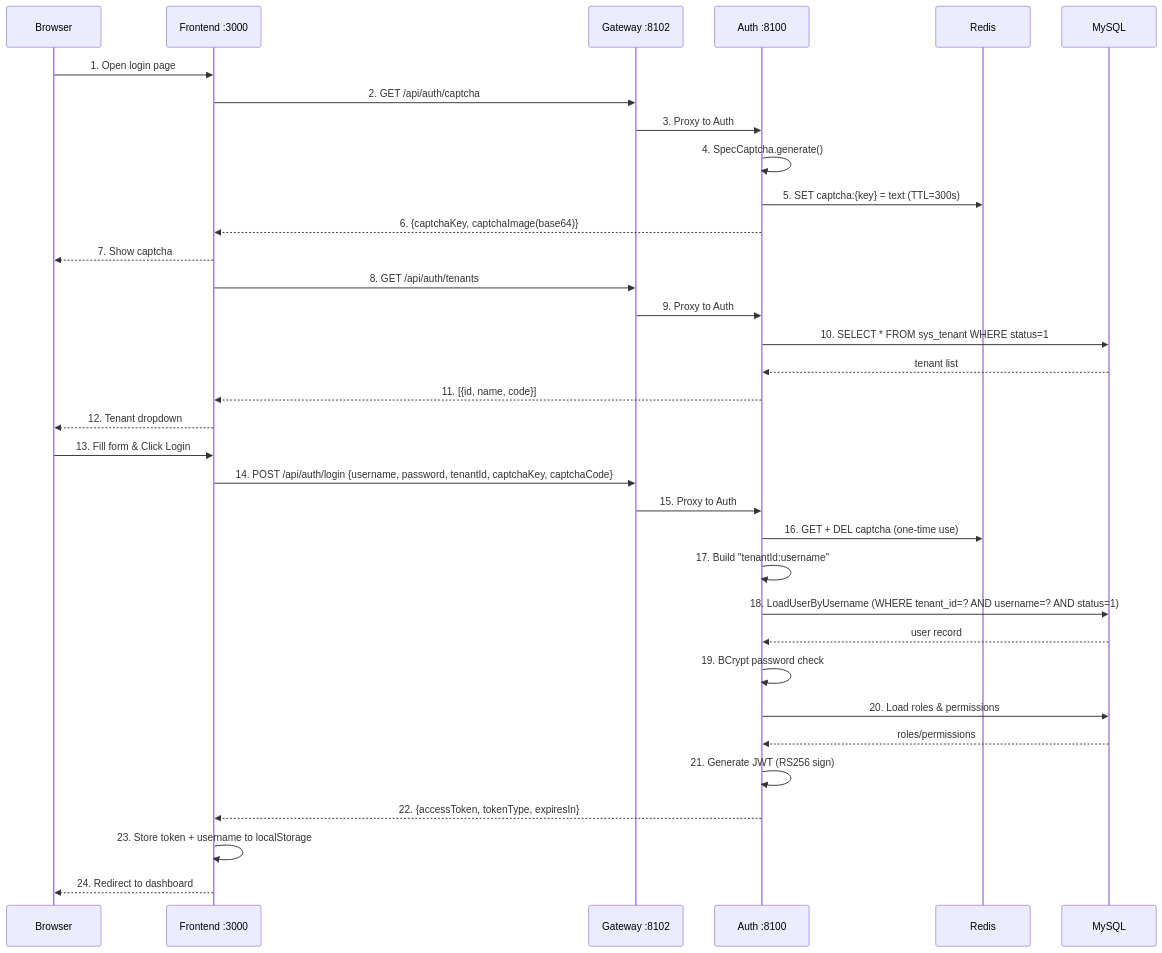
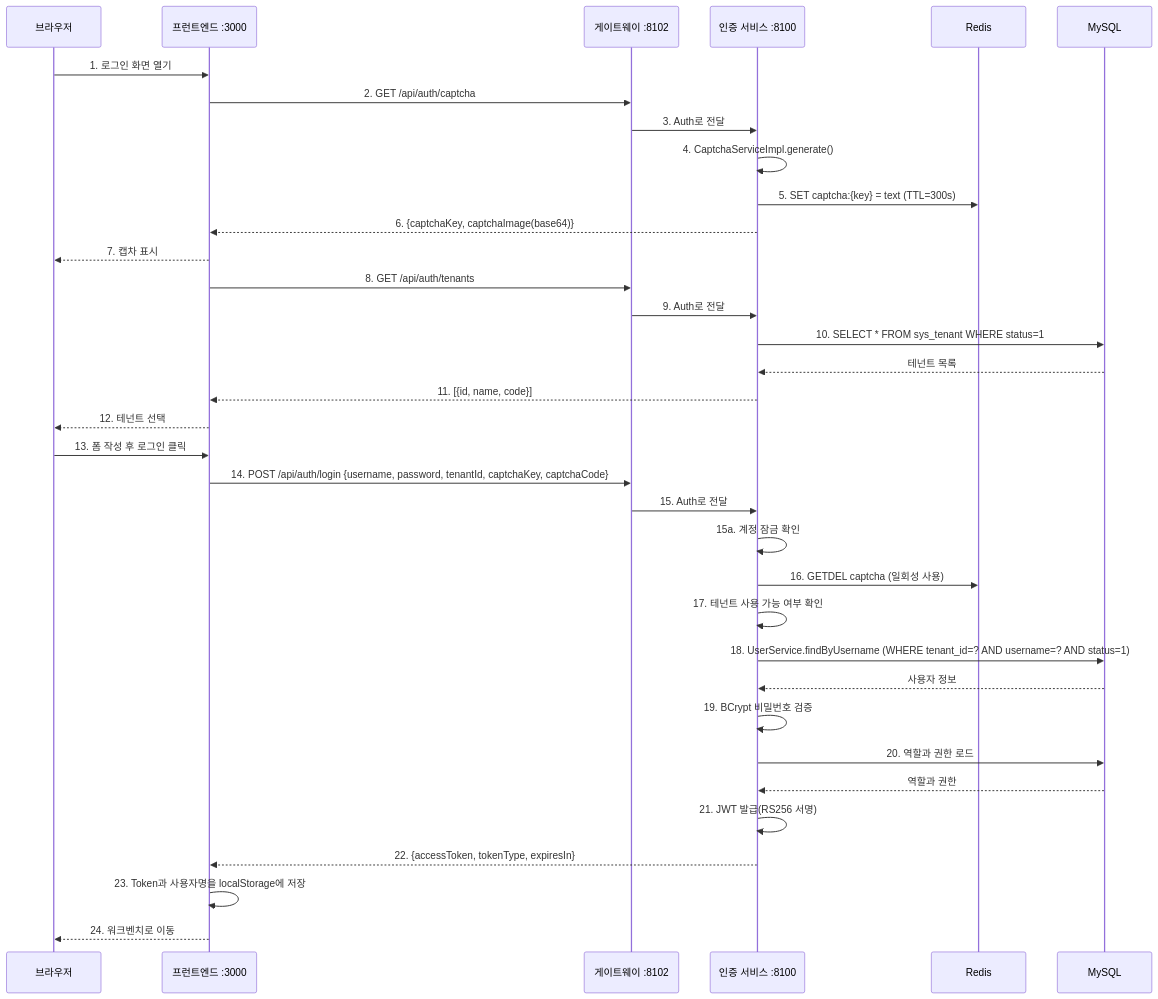
One commit to wang-baohai/Omni-Stack changed the first of 21 diagrams in docs/core-flows.kr.md. Above: the diagram before and after it, drawn with Mermaid. The commit also changed other lines of this file and 1095 other files, not shown here.

````diff
--- a/docs/core-flows.kr.md
+++ b/docs/core-flows.kr.md
@@ -15,39 +14,40 @@
 ```mermaid
 sequenceDiagram
-    participant B as Browser
-    participant F as Frontend :3000
-    participant G as Gateway :8102
-    participant A as Auth :8100
+    participant B as 브라우저
+    participant F as 프런트엔드 :3000
+    participant G as 게이트웨이 :8102
+    participant A as 인증 서비스 :8100
     participant R as Redis
     participant M as MySQL
 
-    B->>F: 1. Open login page
+    B->>F: 1. 로그인 화면 열기
     F->>G: 2. GET /api/auth/captcha
-    G->>A: 3. Proxy to Auth
-    A->>A: 4. SpecCaptcha.generate()
+    G->>A: 3. Auth로 전달
+    A->>A: 4. CaptchaServiceImpl.generate()
     A->>R: 5. SET captcha:{key} = text (TTL=300s)
     A-->>F: 6. {captchaKey, captchaImage(base64)}
-    F-->>B: 7. Show captcha
+    F-->>B: 7. 캡차 표시
 
     F->>G: 8. GET /api/auth/tenants
-    G->>A: 9. Proxy to Auth
+    G->>A: 9. Auth로 전달
     A->>M: 10. SELECT * FROM sys_tenant WHERE status=1
-    M-->>A: tenant list
+    M-->>A: 테넌트 목록
     A-->>F: 11. [{id, name, code}]
-    F-->>B: 12. Tenant dropdown
+    F-->>B: 12. 테넌트 선택
 
-    B->>F: 13. Fill form & Click Login
+    B->>F: 13. 폼 작성 후 로그인 클릭
     F->>G: 14. POST /api/auth/login {username, password, tenantId, captchaKey, captchaCode}
-    G->>A: 15. Proxy to Auth
-    A->>R: 16. GET + DEL captcha (one-time use)
-    A->>A: 17. Build "tenantId:username"
-    A->>M: 18. LoadUserByUsername (WHERE tenant_id=? AND username=? AND status=1)
-    M-->>A: user record
-    A->>A: 19. BCrypt password check
-    A->>M: 20. Load roles & permissions
-    M-->>A: roles/permissions
-    A->>A: 21. Generate JWT (RS256 sign)
+    G->>A: 15. Auth로 전달
+    A->>A: 15a. 계정 잠금 확인
+    A->>R: 16. GETDEL captcha (일회성 사용)
+    A->>A: 17. 테넌트 사용 가능 여부 확인
+    A->>M: 18. UserService.findByUsername (WHERE tenant_id=? AND username=? AND status=1)
+    M-->>A: 사용자 정보
+    A->>A: 19. BCrypt 비밀번호 검증
+    A->>M: 20. 역할과 권한 로드
+    M-->>A: 역할과 권한
+    A->>A: 21. JWT 발급(RS256 서명)
     A-->>F: 22. {accessToken, tokenType, expiresIn}
-    F->>F: 23. Store token + username to localStorage
-    F-->>B: 24. Redirect to dashboard
+    F->>F: 23. Token과 사용자명을 localStorage에 저장
+    F-->>B: 24. 워크벤치로 이동
 ```
````
